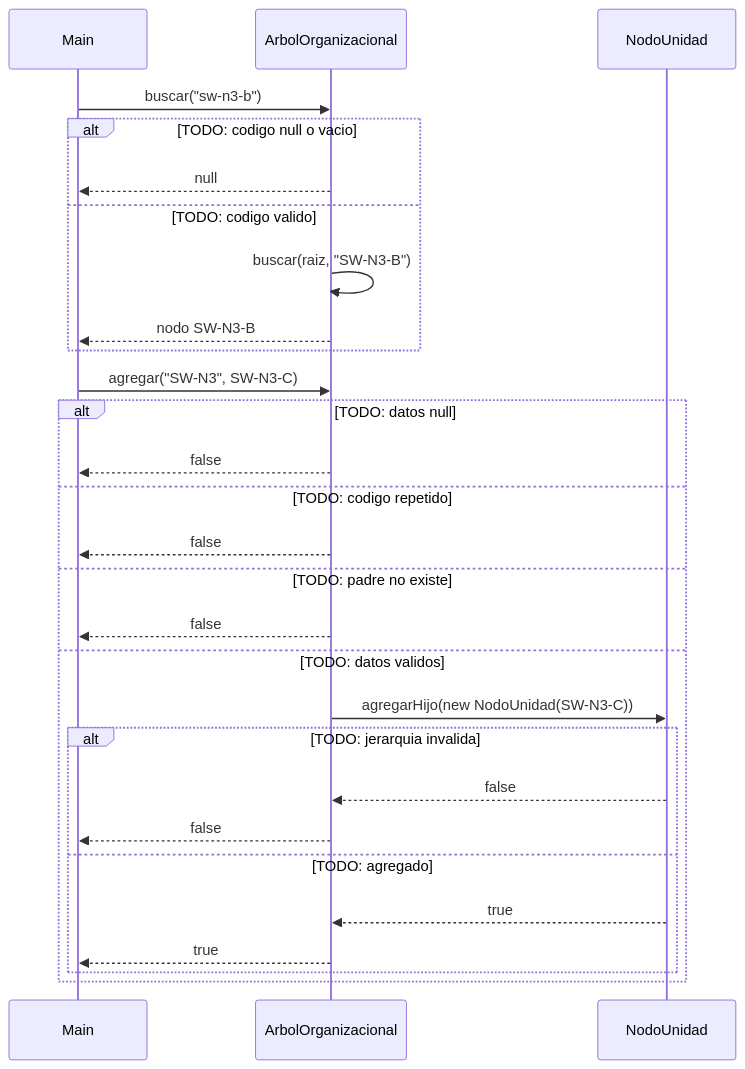
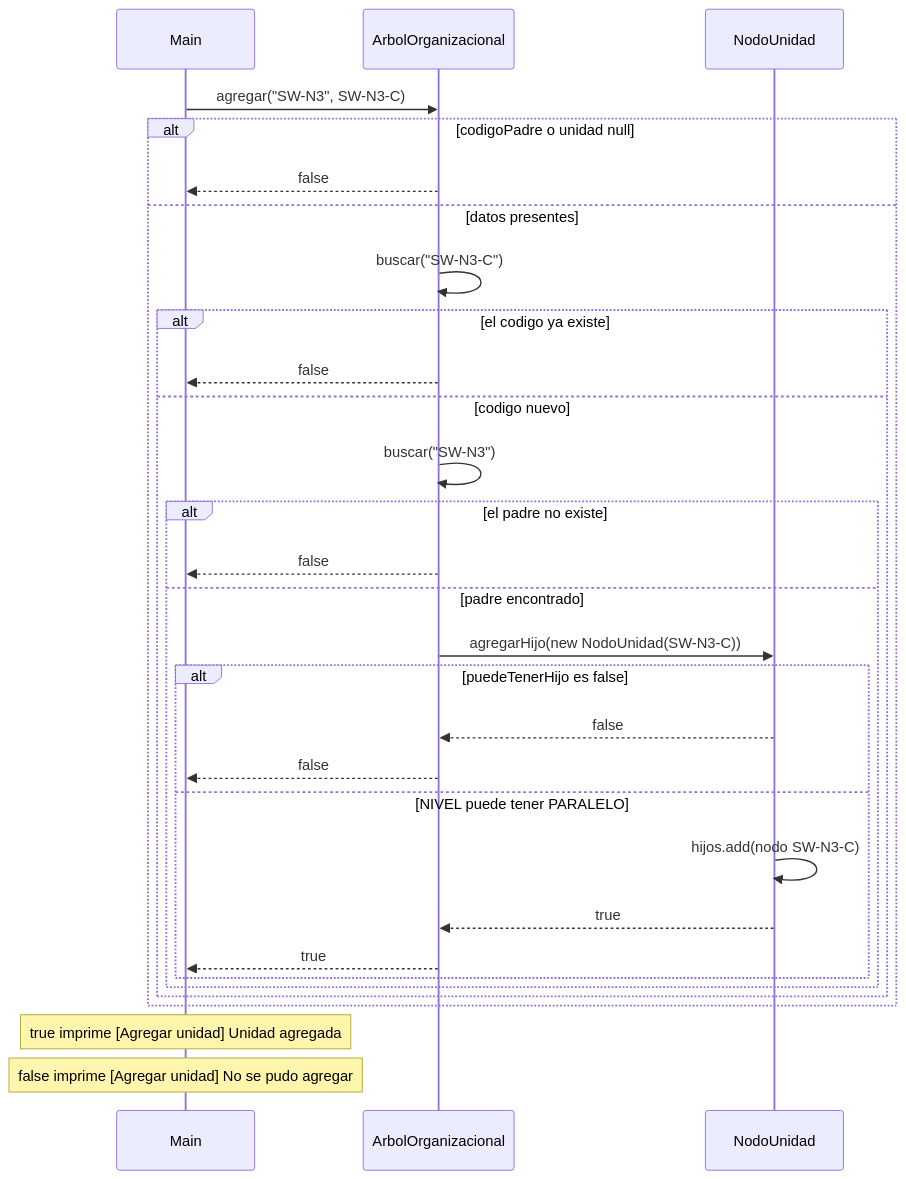
Before and after one commit to Damienq7w/APE3-Arboles-Integrado: the second of 2 diagrams in docs/diagramas-secuencia/secuencia_agregar_buscar.md, drawn with Mermaid. The commit also changed other lines of this file and 1 other file, not shown here.

Commit message:
Agrega diagramas de secuencia y de flujo de agregar y buscar

````diff
--- a/docs/diagramas-secuencia/secuencia_agregar_buscar.md
+++ b/docs/diagramas-secuencia/secuencia_agregar_buscar.md
@@ -15,33 +53,33 @@
 ```mermaid
 sequenceDiagram
     participant Main
     participant Org as ArbolOrganizacional
     participant Nodo as NodoUnidad
-    %% TODO: completar con las llamadas reales del codigo
-    Main->>Org: buscar("sw-n3-b")
-    alt TODO: codigo null o vacio
-        Org-->>Main: null
-    else TODO: codigo valido
-        Org->>Org: buscar(raiz, "SW-N3-B")
-        %% TODO: caso base (coincide) y llamada recursiva por cada hijo
-        Org-->>Main: nodo SW-N3-B
-    end
 
     Main->>Org: agregar("SW-N3", SW-N3-C)
-    alt TODO: datos null
+    alt codigoPadre o unidad null
         Org-->>Main: false
-    else TODO: codigo repetido
-        Org-->>Main: false
-    else TODO: padre no existe
-        Org-->>Main: false
-    else TODO: datos validos
-        Org->>Nodo: agregarHijo(new NodoUnidad(SW-N3-C))
-        alt TODO: jerarquia invalida
-            Nodo-->>Org: false
+    else datos presentes
+        Org->>Org: buscar("SW-N3-C")
+        alt el codigo ya existe
             Org-->>Main: false
-        else TODO: agregado
-            Nodo-->>Org: true
-            Org-->>Main: true
+        else codigo nuevo
+            Org->>Org: buscar("SW-N3")
+            alt el padre no existe
+                Org-->>Main: false
+            else padre encontrado
+                Org->>Nodo: agregarHijo(new NodoUnidad(SW-N3-C))
+                alt puedeTenerHijo es false
+                    Nodo-->>Org: false
+                    Org-->>Main: false
+                else NIVEL puede tener PARALELO
+                    Nodo->>Nodo: hijos.add(nodo SW-N3-C)
+                    Nodo-->>Org: true
+                    Org-->>Main: true
+                end
+            end
         end
     end
+    Note over Main: true imprime [Agregar unidad] Unidad agregada
+    Note over Main: false imprime [Agregar unidad] No se pudo agregar
 ```
````
